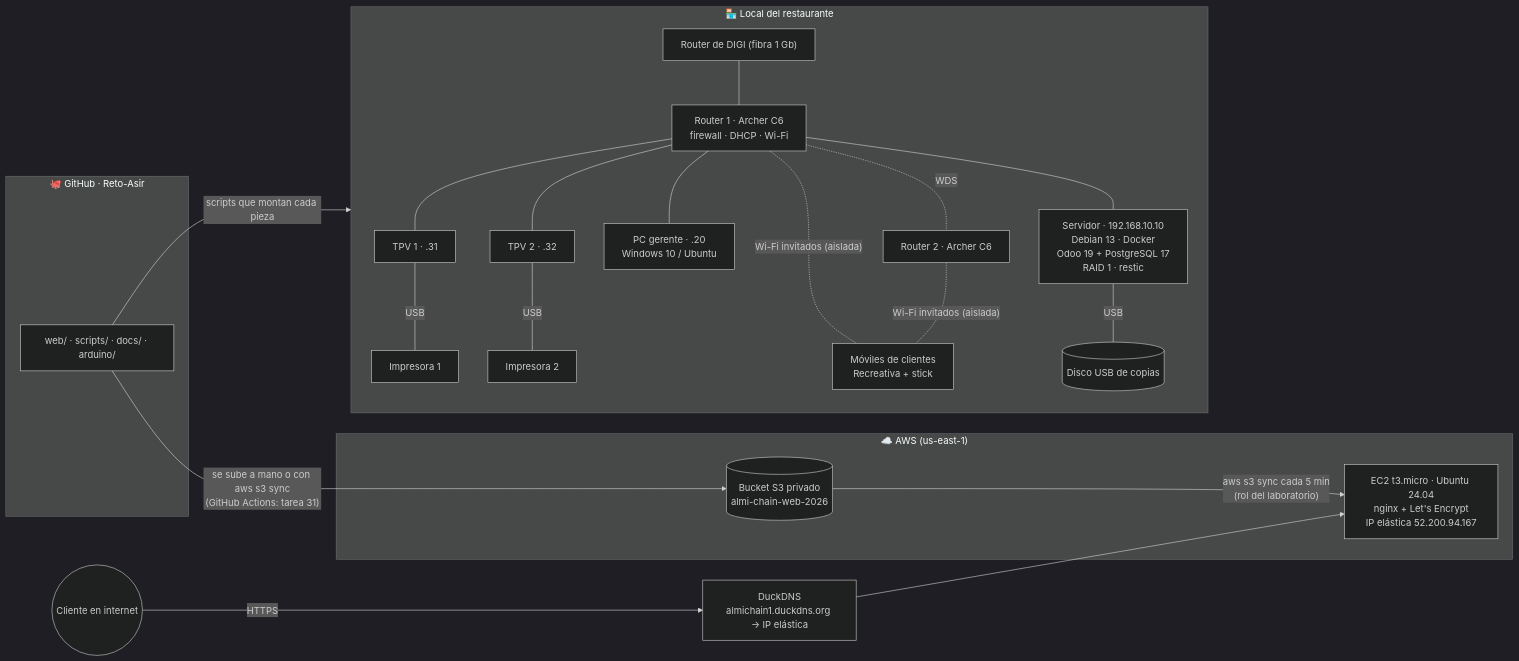
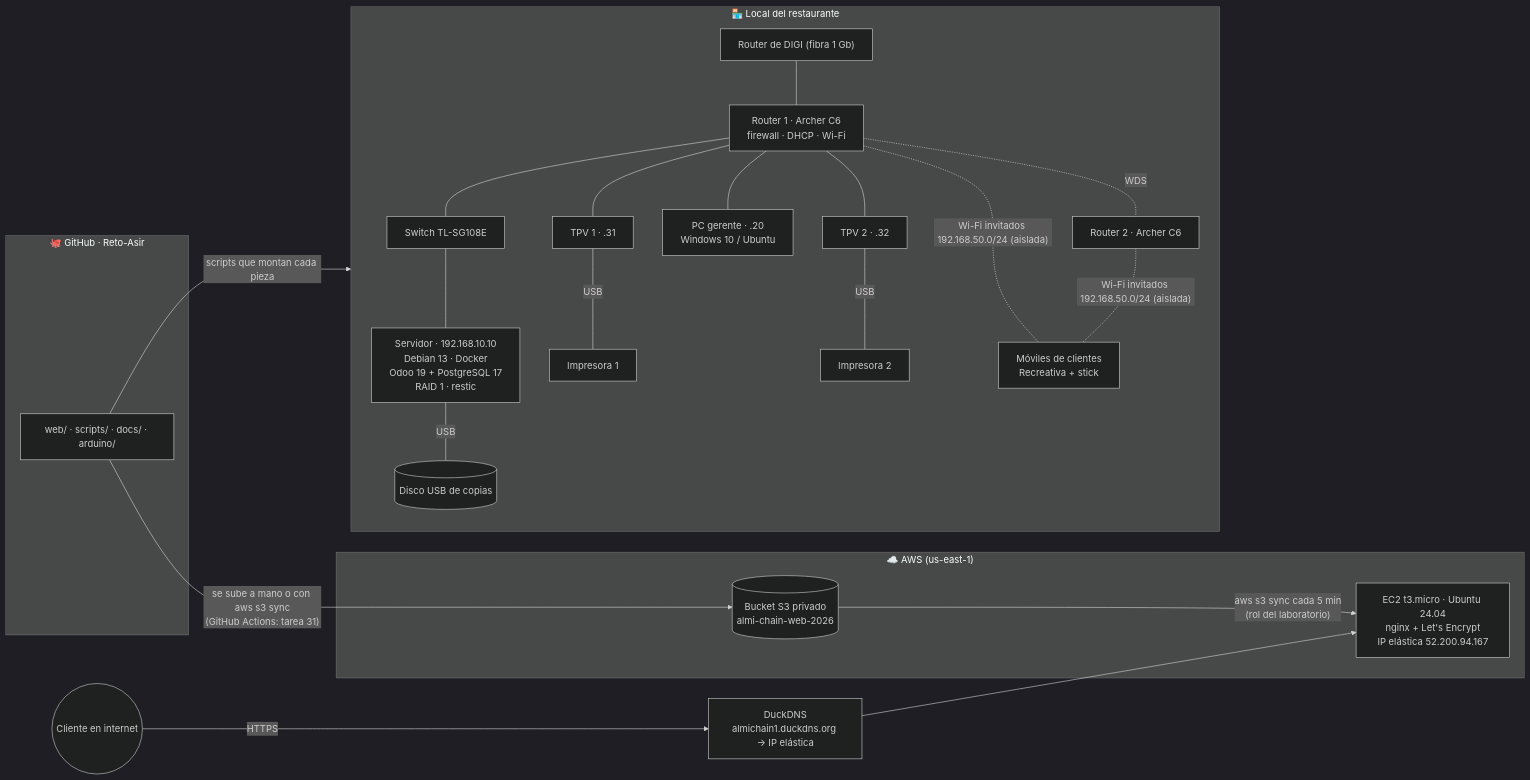
The first of 5 diagrams in LOGICA_RETO.md (zHGx-alt/Reto-Asir), drawn with Mermaid (dark theme) before and after one commit. The commit also changed other lines of this file and 52 other files, not shown here.

````diff
--- a/LOGICA_RETO.md
+++ b/LOGICA_RETO.md
@@ -46,28 +46,28 @@
 ```mermaid
 flowchart LR
     subgraph NUBE["☁️ AWS (us-east-1)"]
         S3[("Bucket S3 privado<br/>almi-chain-web-2026")]
         EC2["EC2 t3.micro · Ubuntu 24.04<br/>nginx + Let's Encrypt<br/>IP elástica 52.200.94.167"]
         S3 -- "aws s3 sync cada 5 min<br/>(rol del laboratorio)" --> EC2
     end
     DNS["DuckDNS<br/>almichain1.duckdns.org → IP elástica"]
     CLIENTE_WEB(("Cliente en internet")) -- "HTTPS" --> DNS --> EC2
 
     subgraph LOCAL["🏪 Local del restaurante"]
         ONT["Router de DIGI (fibra 1 Gb)"] --- R1["Router 1 · Archer C6<br/>firewall · DHCP · Wi-Fi"]
         R1 -. "WDS" .- R2["Router 2 · Archer C6"]
-        R1 --- SRV["Servidor · 192.168.10.10<br/>Debian 13 · Docker<br/>Odoo 19 + PostgreSQL 17<br/>RAID 1 · restic"]
+        R1 --- SW["Switch TL-SG108E"] --- SRV["Servidor · 192.168.10.10<br/>Debian 13 · Docker<br/>Odoo 19 + PostgreSQL 17<br/>RAID 1 · restic"]
         R1 --- GER["PC gerente · .20<br/>Windows 10 / Ubuntu"]
         R1 --- TPV1["TPV 1 · .31"] & TPV2["TPV 2 · .32"]
         TPV1 -- USB --- IMP1["Impresora 1"]
         TPV2 -- USB --- IMP2["Impresora 2"]
-        R1 & R2 -. "Wi-Fi invitados (aislada)" .- INV["Móviles de clientes<br/>Recreativa + stick"]
+        R1 & R2 -. "Wi-Fi invitados 192.168.50.0/24 (aislada)" .- INV["Móviles de clientes<br/>Recreativa + stick"]
         SRV -- USB --- USBK[("Disco USB de copias")]
     end
 
     subgraph REPO["🐙 GitHub · Reto-Asir"]
         CODE["web/ · scripts/ · docs/ · arduino/"]
     end
     CODE -- "se sube a mano o con aws s3 sync<br/>(GitHub Actions: tarea 31)" --> S3
     CODE -- "scripts que montan cada pieza" --> LOCAL
 ```
````
